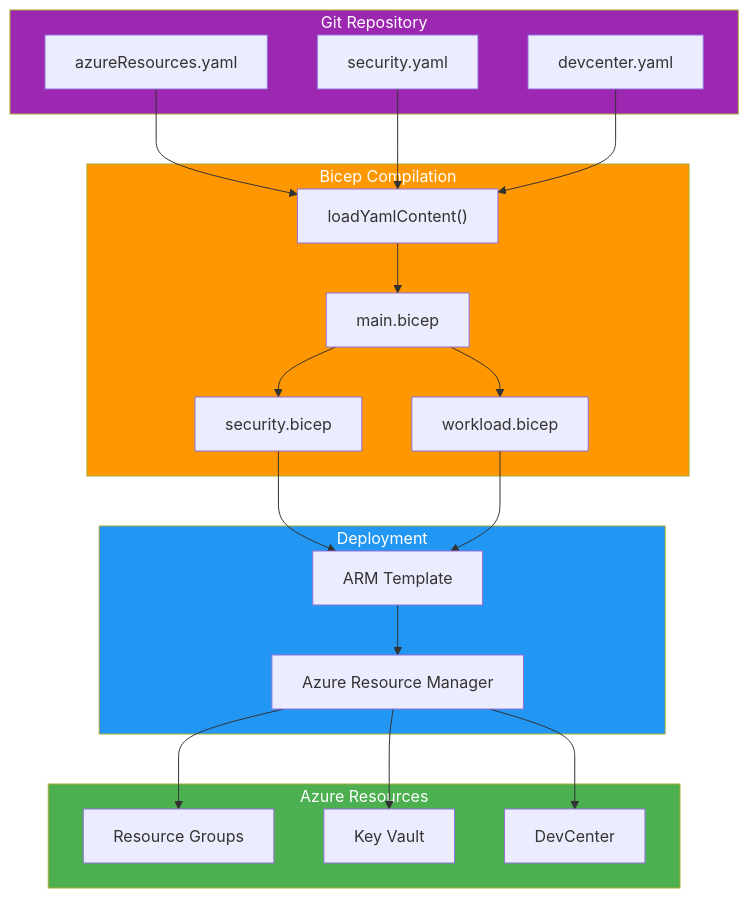
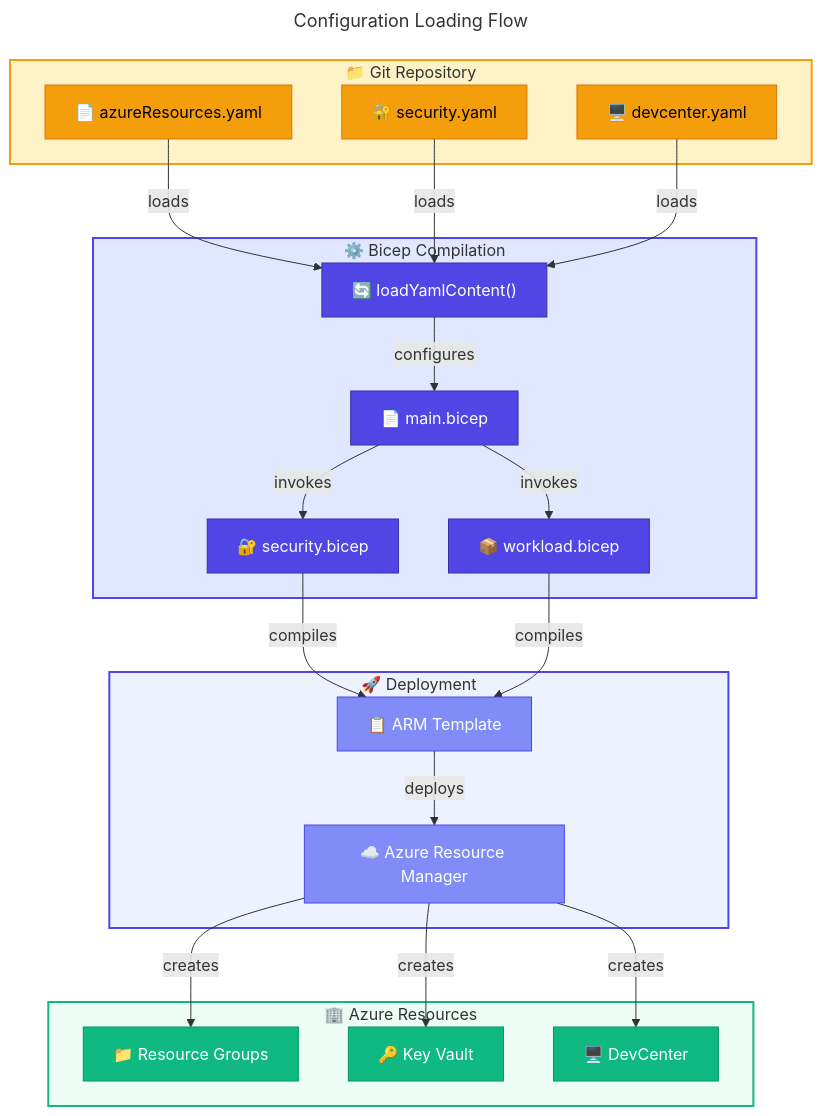
One commit to Evilazaro/DevExp-DevBox changed the sixth of 7 diagrams in docs/architecture/02-data-architecture.md. Above: the diagram before and after it, drawn with Mermaid. The commit also changed 1 other file, not shown here.

Commit message:
Enhance Key Performance Indicators documentation by adding emojis for better visualization and improving diagram styles for clarity.

````diff
--- a/docs/architecture/02-data-architecture.md
+++ b/docs/architecture/02-data-architecture.md
@@ -583,47 +583,67 @@
 ```mermaid
+---
+title: Configuration Loading Flow
+---
 flowchart TB
-    subgraph Source["Git Repository"]
-        Y1["azureResources.yaml"]
-        Y2["security.yaml"]
-        Y3["devcenter.yaml"]
+    %% ===== SOURCE LAYER =====
+    subgraph Source["📁 Git Repository"]
+        Y1["📄 azureResources.yaml"]
+        Y2["🔐 security.yaml"]
+        Y3["🖥️ devcenter.yaml"]
     end
     
-    subgraph Bicep["Bicep Compilation"]
-        LOAD["loadYamlContent()"]
-        MAIN["main.bicep"]
-        SEC["security.bicep"]
-        WL["workload.bicep"]
+    %% ===== BICEP COMPILATION LAYER =====
+    subgraph Bicep["⚙️ Bicep Compilation"]
+        LOAD["🔄 loadYamlContent()"]
+        MAIN["📄 main.bicep"]
+        SEC["🔐 security.bicep"]
+        WL["📦 workload.bicep"]
     end
     
-    subgraph Deploy["Deployment"]
-        ARM["ARM Template"]
-        AZ["Azure Resource Manager"]
+    %% ===== DEPLOYMENT LAYER =====
+    subgraph Deploy["🚀 Deployment"]
+        ARM["📋 ARM Template"]
+        AZ["☁️ Azure Resource Manager"]
     end
     
-    subgraph Resources["Azure Resources"]
-        RG["Resource Groups"]
-        KVRES["Key Vault"]
-        DCRES["DevCenter"]
+    %% ===== RESOURCES LAYER =====
+    subgraph Resources["🏢 Azure Resources"]
+        RG["📁 Resource Groups"]
+        KVRES["🔑 Key Vault"]
+        DCRES["🖥️ DevCenter"]
     end
     
-    Y1 --> LOAD
-    Y2 --> LOAD
-    Y3 --> LOAD
+    %% ===== CONNECTIONS =====
+    Y1 -->|loads| LOAD
+    Y2 -->|loads| LOAD
+    Y3 -->|loads| LOAD
     
-    LOAD --> MAIN
-    MAIN --> SEC
-    MAIN --> WL
+    LOAD -->|configures| MAIN
+    MAIN -->|invokes| SEC
+    MAIN -->|invokes| WL
     
-    SEC --> ARM
-    WL --> ARM
+    SEC -->|compiles| ARM
+    WL -->|compiles| ARM
     
-    ARM --> AZ
-    AZ --> RG
-    AZ --> KVRES
-    AZ --> DCRES
+    ARM -->|deploys| AZ
+    AZ -->|creates| RG
+    AZ -->|creates| KVRES
+    AZ -->|creates| DCRES
     
-    style Source fill:#9C27B0,color:#fff
-    style Bicep fill:#FF9800,color:#fff
-    style Deploy fill:#2196F3,color:#fff
-    style Resources fill:#4CAF50,color:#fff
+    %% ===== STYLES =====
+    classDef datastore fill:#F59E0B,stroke:#D97706,color:#000000
+    classDef primary fill:#4F46E5,stroke:#3730A3,color:#FFFFFF
+    classDef secondary fill:#10B981,stroke:#059669,color:#FFFFFF
+    classDef trigger fill:#818CF8,stroke:#4F46E5,color:#FFFFFF
+    
+    class Y1,Y2,Y3 datastore
+    class LOAD,MAIN,SEC,WL primary
+    class ARM,AZ trigger
+    class RG,KVRES,DCRES secondary
+    
+    %% ===== SUBGRAPH STYLES =====
+    style Source fill:#FEF3C7,stroke:#F59E0B,stroke-width:2px
+    style Bicep fill:#E0E7FF,stroke:#4F46E5,stroke-width:2px
+    style Deploy fill:#EEF2FF,stroke:#4F46E5,stroke-width:2px
+    style Resources fill:#ECFDF5,stroke:#10B981,stroke-width:2px
 ```
````
